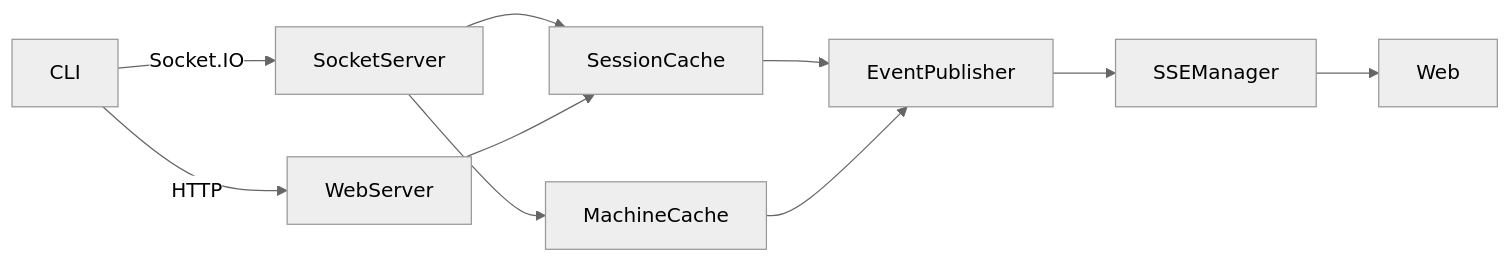
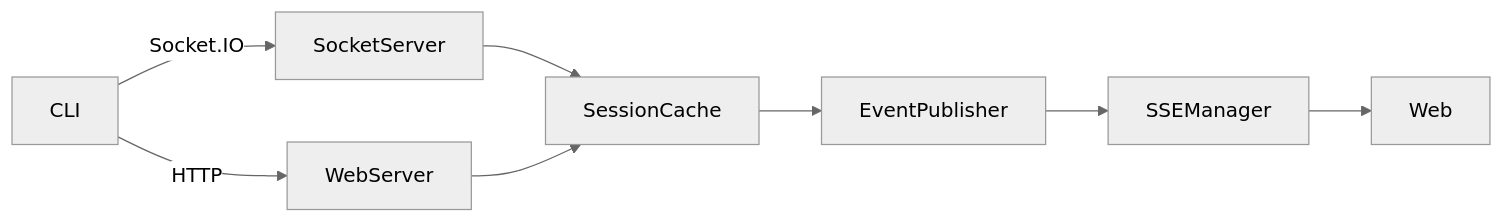
The fifth of 8 diagrams in docs/architecture/daemon/sync/README.md (ModuBit/mobi), drawn with Mermaid (neutral theme) before and after one commit. The commit also changed other lines of this file and 86 other files, not shown here.

````diff
--- a/docs/architecture/daemon/sync/README.md
+++ b/docs/architecture/daemon/sync/README.md
@@ -67,12 +65,10 @@
 ```mermaid
 graph LR
     CLI[CLI] -->|Socket.IO| IO[SocketServer]
     CLI -->|HTTP| WS[WebServer]
     IO --> SC[SessionCache]
-    IO --> MC[MachineCache]
     WS --> SC
     SC --> EP[EventPublisher]
-    MC --> EP
     EP --> SSE[SSEManager]
     SSE --> Web[Web]
 ```
````
